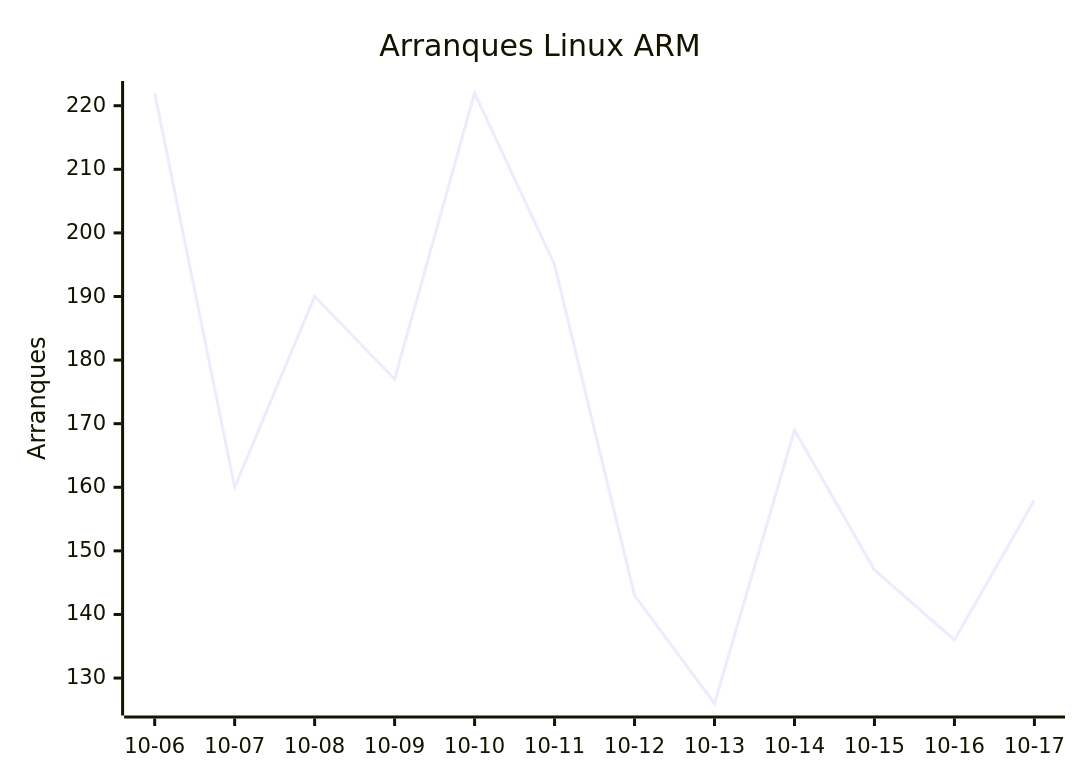
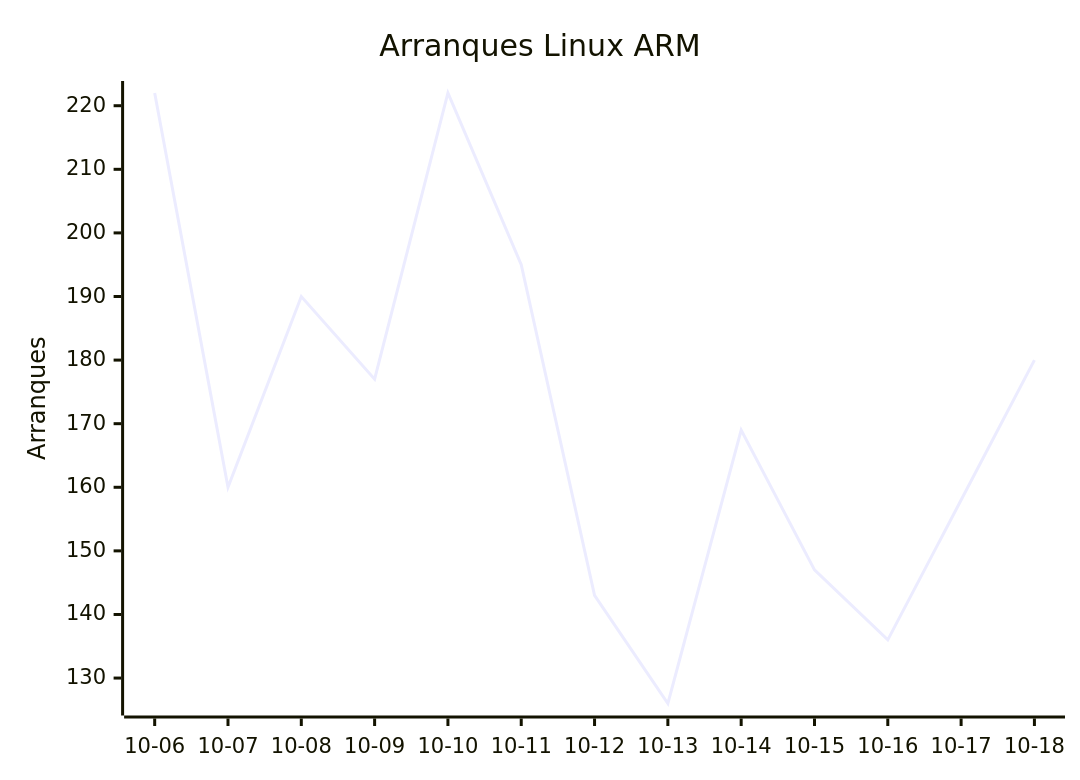
Before and after one commit to EmuDeck/stats: the second of 8 diagrams in README.md, drawn with Mermaid. The commit also changed other lines of this file and 2 other files, not shown here.

````diff
--- a/README.md
+++ b/README.md
@@ -26,7 +26,7 @@
 ```mermaid
 xychart-beta
     title "Arranques Linux ARM"
-    x-axis ["10-06", "10-07", "10-08", "10-09", "10-10", "10-11", "10-12", "10-13", "10-14", "10-15", "10-16", "10-17"]
+    x-axis ["10-06", "10-07", "10-08", "10-09", "10-10", "10-11", "10-12", "10-13", "10-14", "10-15", "10-16", "10-17", "10-18"]
     y-axis "Arranques"
-    line [222, 160, 190, 177, 222, 195, 143, 126, 169, 147, 136, 158]
+    line [222, 160, 190, 177, 222, 195, 143, 126, 169, 147, 136, 158, 180]
 ```
````
